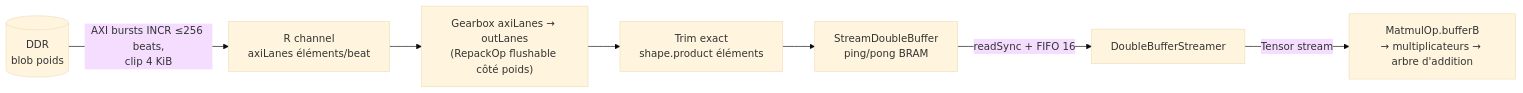
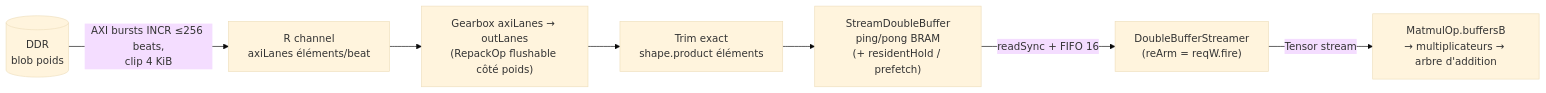
Before and after one commit to Juste-Leo2/spinalML: the third of 5 diagrams in docs/dataflow-map.md, drawn with Mermaid (base theme). The commit also changed other lines of this file and 30 other files, not shown here.

````diff
--- a/docs/dataflow-map.md
+++ b/docs/dataflow-map.md
@@ -128,9 +151,9 @@
 ```mermaid
 flowchart LR
     DDR[("DDR<br/>blob poids")] -->|AXI bursts INCR ≤256 beats,<br/>clip 4 KiB| RAW["R channel<br/>axiLanes éléments/beat"]
     RAW --> GB["Gearbox axiLanes → outLanes<br/>(RepackOp flushable côté poids)"]
     GB --> TRIM["Trim exact<br/>shape.product éléments"]
-    TRIM --> DBUF["StreamDoubleBuffer<br/>ping/pong BRAM"]
-    DBUF -->|readSync + FIFO 16| ST["DoubleBufferStreamer"]
-    ST -->|Tensor stream| MM["MatmulOp.bufferB<br/>→ multiplicateurs → arbre d'addition"]
+    TRIM --> DBUF["StreamDoubleBuffer<br/>ping/pong BRAM<br/>(+ residentHold / prefetch)"]
+    DBUF -->|readSync + FIFO 16| ST["DoubleBufferStreamer<br/>(reArm = reqW.fire)"]
+    ST -->|Tensor stream| MM["MatmulOp.buffersB<br/>→ multiplicateurs → arbre d'addition"]
 ```
````
